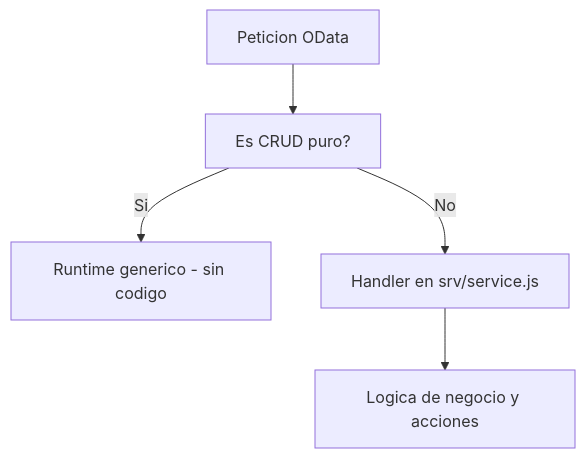
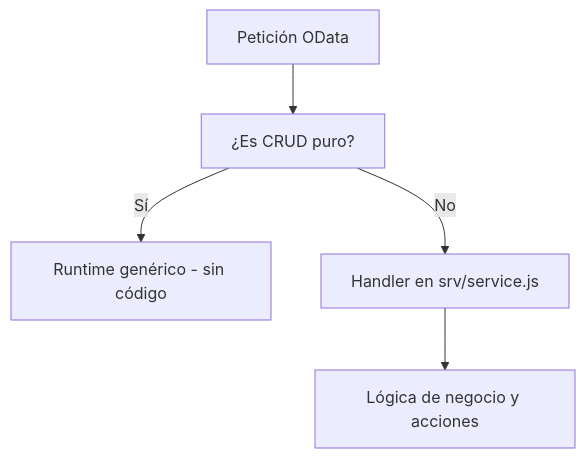
The diagram in es/cap-servicios-handlers.mdx (logalitech/blog-content), drawn with Mermaid before and after one commit. The commit also changed other lines of this file and 49 other files, not shown here.

````diff
--- a/es/cap-servicios-handlers.mdx
+++ b/es/cap-servicios-handlers.mdx
@@ -23,7 +23,7 @@
 ```mermaid
 flowchart TD
-  R["Peticion OData"] --> G["Es CRUD puro?"]
-  G -->|Si| H["Runtime generico - sin codigo"]
+  R["Petición OData"] --> G["¿Es CRUD puro?"]
+  G -->|Sí| H["Runtime genérico - sin código"]
   G -->|No| C["Handler en srv/service.js"]
-  C --> B["Logica de negocio y acciones"]
+  C --> B["Lógica de negocio y acciones"]
 ```
````
